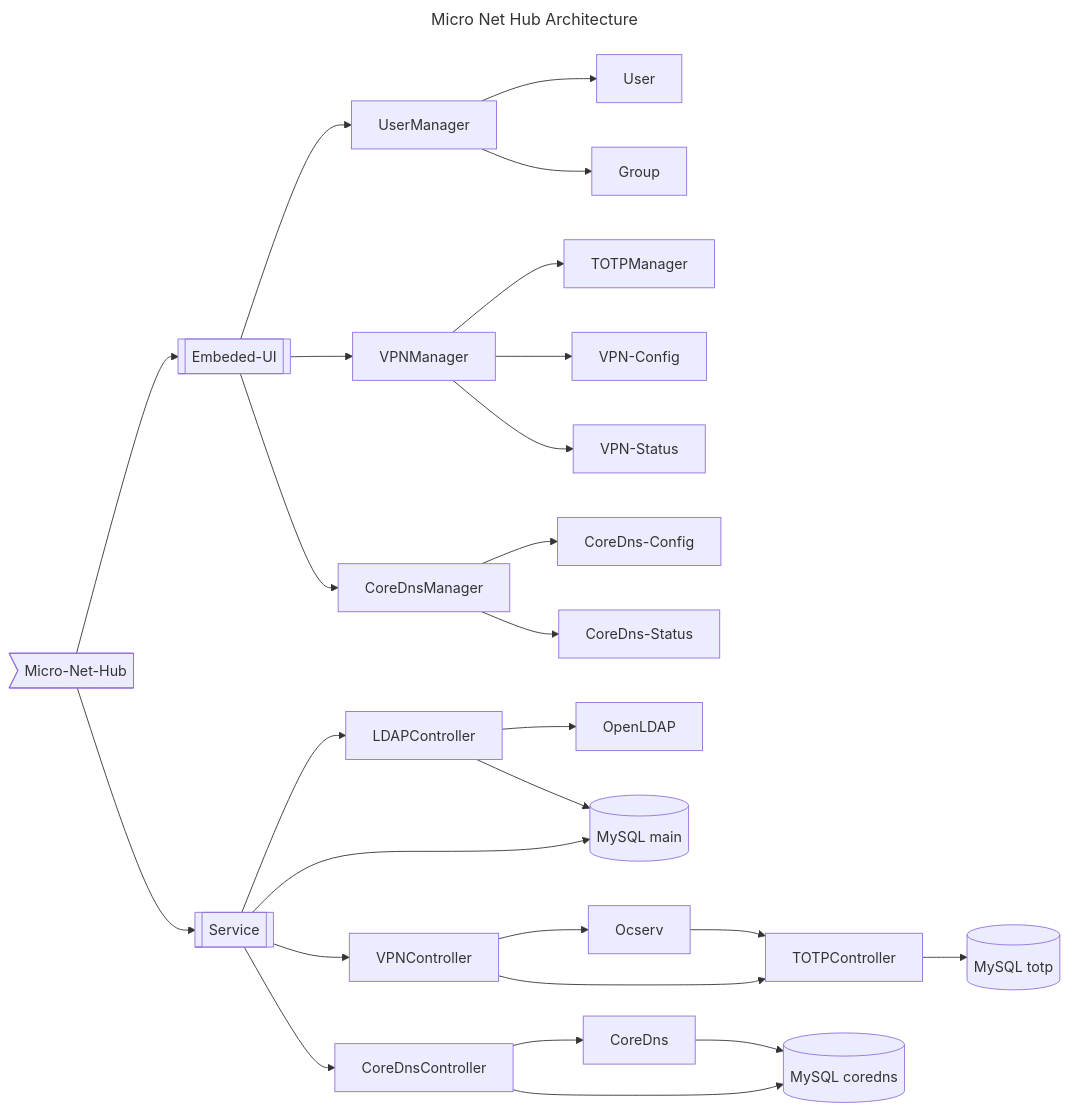
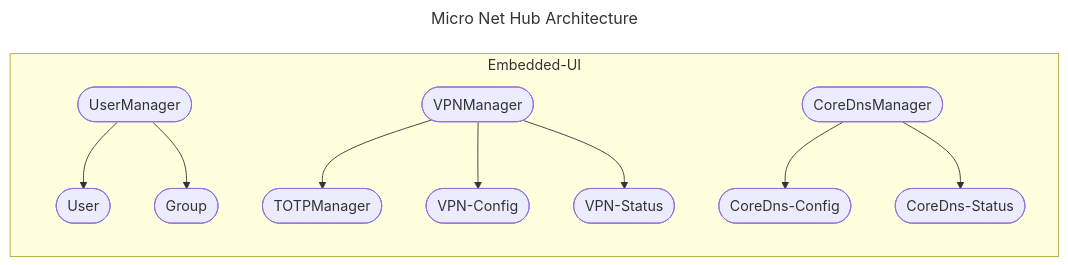
Before and after one commit to bagechashu/micro-net-hub: the second of 2 diagrams in README.md, drawn with Mermaid. The commit also changed other lines of this file, not shown here.

Commit message:
update: Architecture Description

````diff
--- a/README.md
+++ b/README.md
@@ -25,32 +69,23 @@
 ```mermaid
 ---
 title: Micro Net Hub Architecture
 ---
 flowchart LR
-    main>Micro-Net-Hub] --> ui[[Embeded-UI]]
-    ui --> UserManager
-    ui --> VPNManager
-    ui --> CoreDnsManager
+  %% UI
+  subgraph Embedded-UI
+    ui-user-mgr([UserManager])
+    ui-vpn-mgr([VPNManager])
+    ui-coredns-mgr([CoreDnsManager])
 
-    UserManager --> User
-    UserManager --> Group
+    ui-user-mgr --> ui-user([User])
+    ui-user-mgr --> ui-group([Group])
 
-    VPNManager --> TOTPManager
-    VPNManager --> VPN-Config
-    VPNManager --> VPN-Status
+    ui-vpn-mgr --> ui-totp([TOTPManager])
+    ui-vpn-mgr --> ui-vpn-config([VPN-Config])
+    ui-vpn-mgr --> ui-vpn-status([VPN-Status])
 
-    CoreDnsManager --> CoreDns-Config
-    CoreDnsManager --> CoreDns-Status
-
-    main --> srv[[Service]]
-    srv --> LDAPController --> OpenLDAP
-    LDAPController --> my-main[(MySQL main)]
-    srv --> my-main[(MySQL main)]
-
-    srv --> VPNController --> Ocserv --> TOTPController
-    VPNController --> TOTPController --> my-totp[(MySQL totp)]
-
-    srv --> CoreDnsController --> CoreDns --> my-coredns[(MySQL coredns)]
-    CoreDnsController --> my-coredns[(MySQL coredns)]
+    ui-coredns-mgr --> ui-coredns-config([CoreDns-Config])
+    ui-coredns-mgr --> ui-coredns-status([CoreDns-Status])
+  end
 
 ```
````
